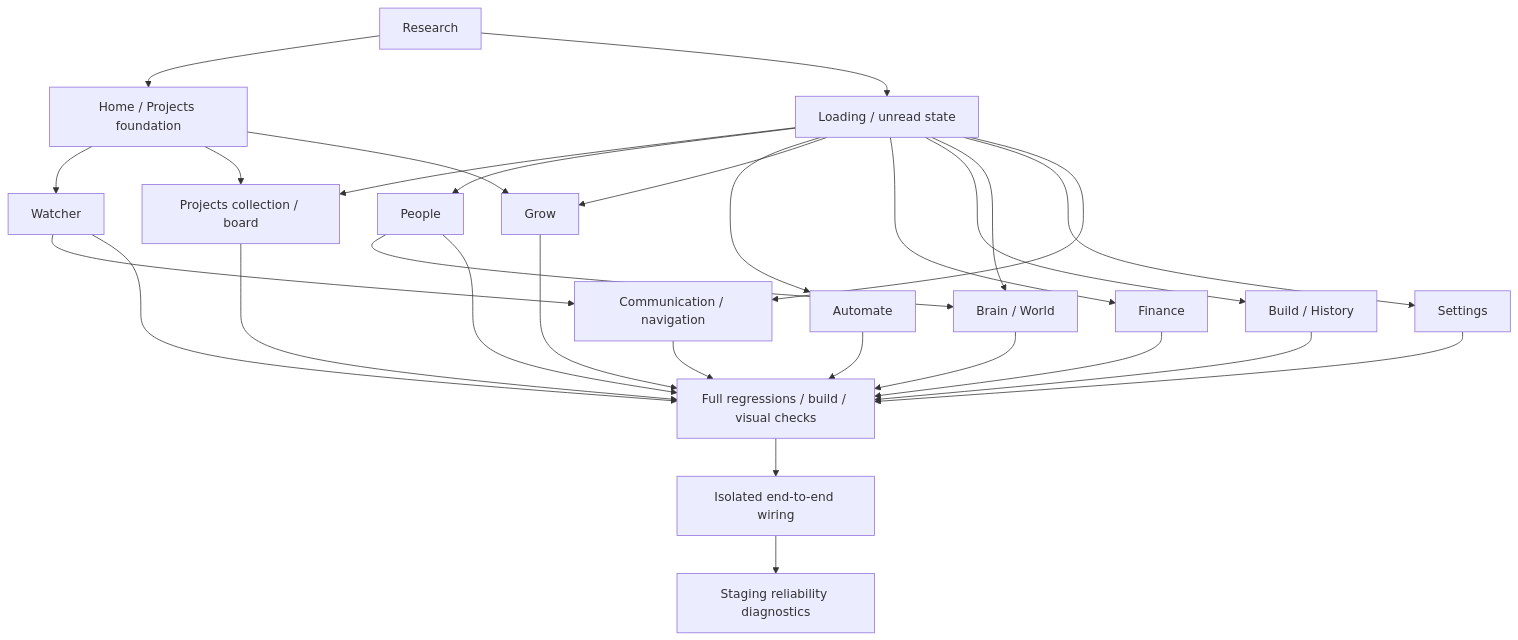
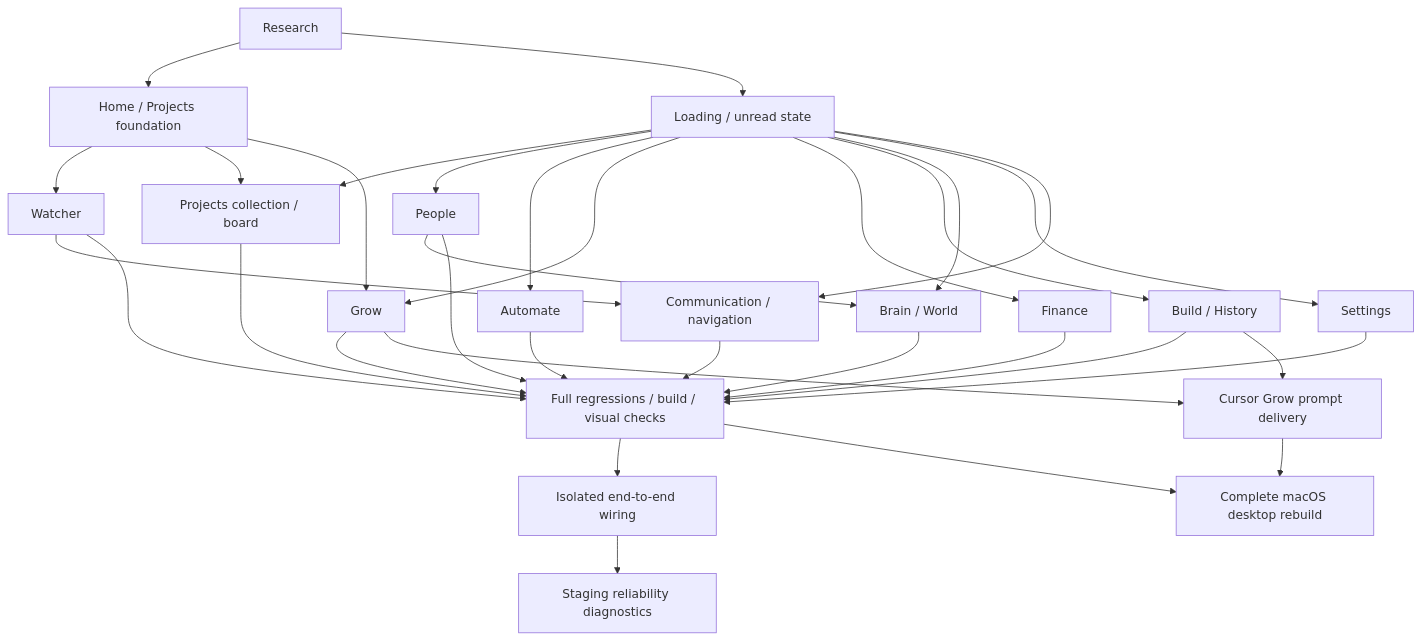
The diagram in reports/ux-dag/README.md (make-tuned-unit/permagent-runtime), drawn with Mermaid before and after one commit. The commit also changed other lines of this file and 6 other files, not shown here.

Commit message:
Track desktop rebuild provenance and Cursor verification gates

````diff
--- a/reports/ux-dag/README.md
+++ b/reports/ux-dag/README.md
@@ -5,22 +5,24 @@
 ```mermaid
 flowchart TD
  D00[Research] --> D01[Home / Projects foundation]
  D00 --> D02[Loading / unread state]
  D01 --> D03[Watcher]
  D01 --> D04[Projects collection / board]
  D02 --> D04
  D02 --> D05[People]
  D02 --> D06[Automate]
  D01 --> D07[Grow]
  D02 --> D07
  D02 --> D08[Finance]
  D02 --> D09[Build / History]
  D05 --> D10[Brain / World]
  D02 --> D10
  D02 --> D11[Settings]
  D03 --> D12[Communication / navigation]
  D02 --> D12
  D03 & D04 & D05 & D06 & D07 & D08 & D09 & D10 & D11 & D12 --> D13[Full regressions / build / visual checks]
  D13 --> D14[Isolated end-to-end wiring]
  D14 --> D15[Staging reliability diagnostics]
+ D07 & D09 --> D16[Cursor Grow prompt delivery]
+ D13 & D16 --> D17[Complete macOS desktop rebuild]
 ```
````
